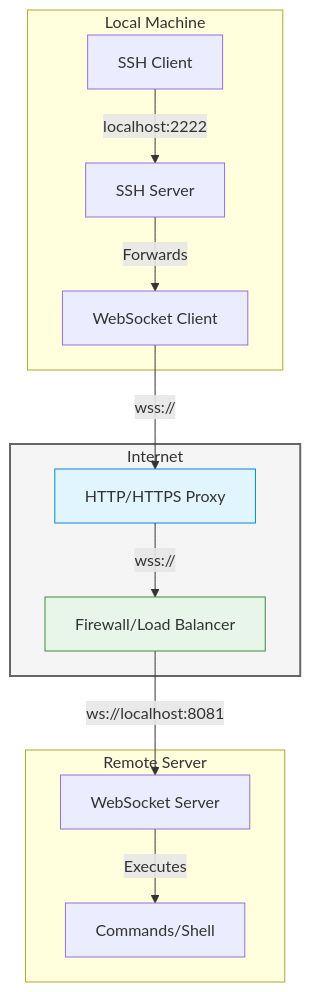
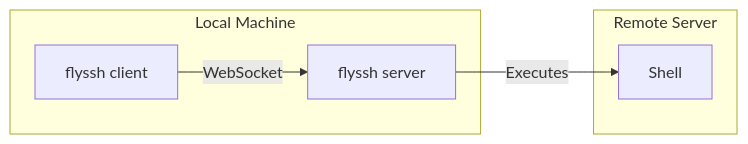
One commit to mrkurt/ssh2wss changed the diagram in README.md. Above: the diagram before and after it, drawn with Mermaid. The commit also changed other lines of this file, not shown here.

Commit message:
docs: update README to reflect new CLI functionality

````diff
--- a/README.md
+++ b/README.md
@@ -19,31 +60,10 @@
 ```mermaid
-graph TB
+graph LR
     subgraph "Local Machine"
-        SSH[SSH Client]
-        Bridge[SSH Server]
-        WS[WebSocket Client]
-        
-        SSH --> |localhost:2222| Bridge
-        Bridge --> |Forwards| WS
-    end
-
-    subgraph "Internet"
-        PROXY[HTTP/HTTPS Proxy]
-        FW[Firewall/Load Balancer]
-        
-        WS --> |wss://| PROXY
-        PROXY --> |wss://| FW
+        CLI[flyssh client] --> |WebSocket| Remote
     end
 
     subgraph "Remote Server"
-        WSS[WebSocket Server]
-        CMD[Commands/Shell]
-        
-        FW --> |ws://localhost:8081| WSS
-        WSS --> |Executes| CMD
+        Remote[flyssh server] --> |Executes| Shell
     end
-
-    style Internet fill:#f5f5f5,stroke:#666,stroke-width:2px
-    style PROXY fill:#e1f5fe,stroke:#0288d1
-    style FW fill:#e8f5e9,stroke:#388e3c
 ```
````
